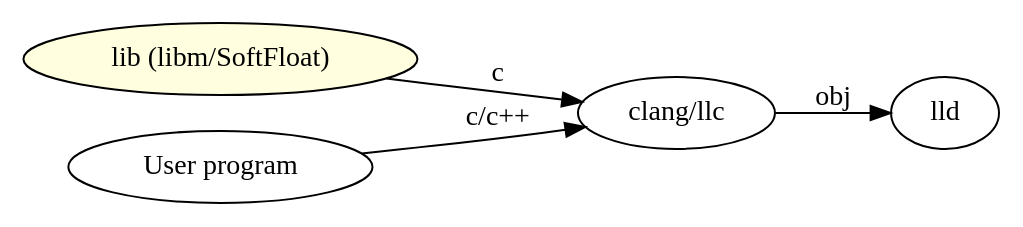
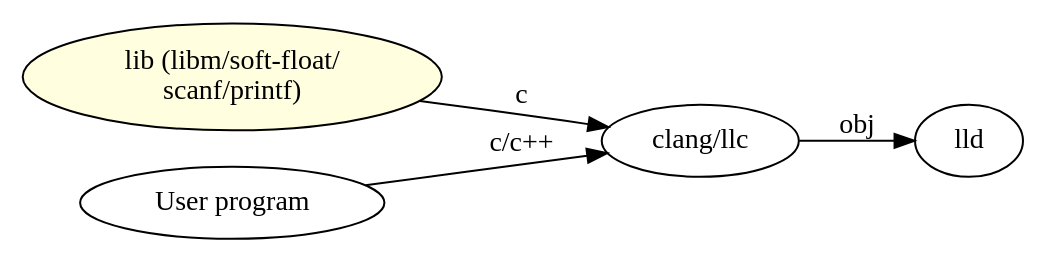
One commit to Jonathan2251/lbt changed the diagram in Fig/lib/lib.gv. Above: the diagram before and after it, drawn with Graphviz. The commit also changed 18 other files, not shown here.

```diff
--- a/Fig/lib/lib.gv
+++ b/Fig/lib/lib.gv
@@ -1,10 +1,10 @@
 // dot -Tpng lib.gv -o lib.png
 digraph G {
   rankdir=LR;
 
-  node [shape="",style=filled,fillcolor=lightyellow]; lib [label="lib (libm/SoftFloat)"];
+  node [shape="",style=filled,fillcolor=lightyellow]; lib [label="lib (libm/soft-float/\nscanf/printf)"];
   node [shape="",style=solid,color=black];
   "User program" -> "clang/llc" [ label = "c/c++" ];
   lib -> "clang/llc" [ label = "c" ];
   "clang/llc" -> lld [ label = "obj" ];
 }
```
